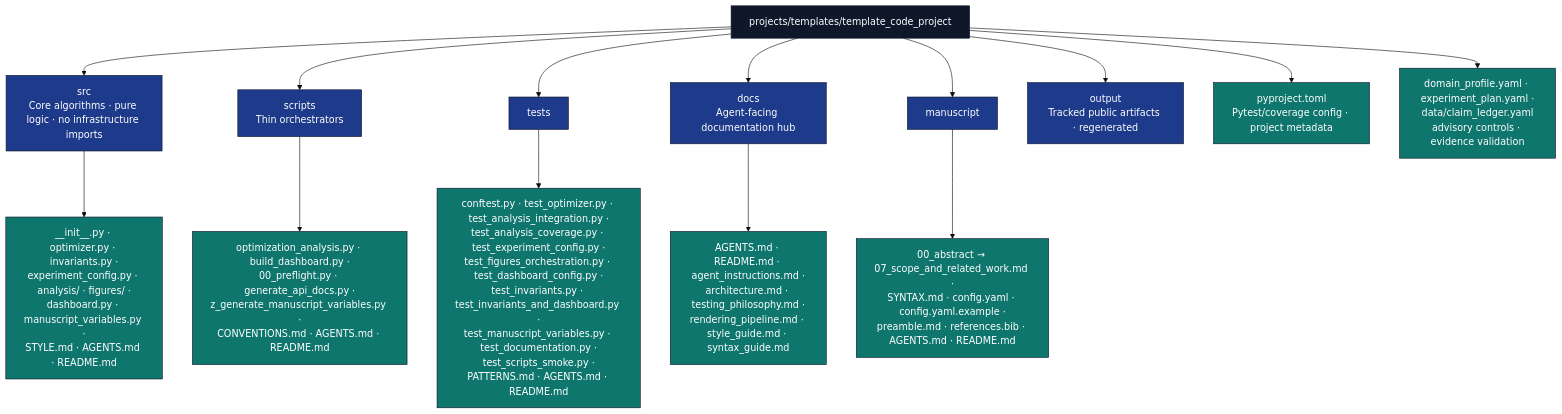
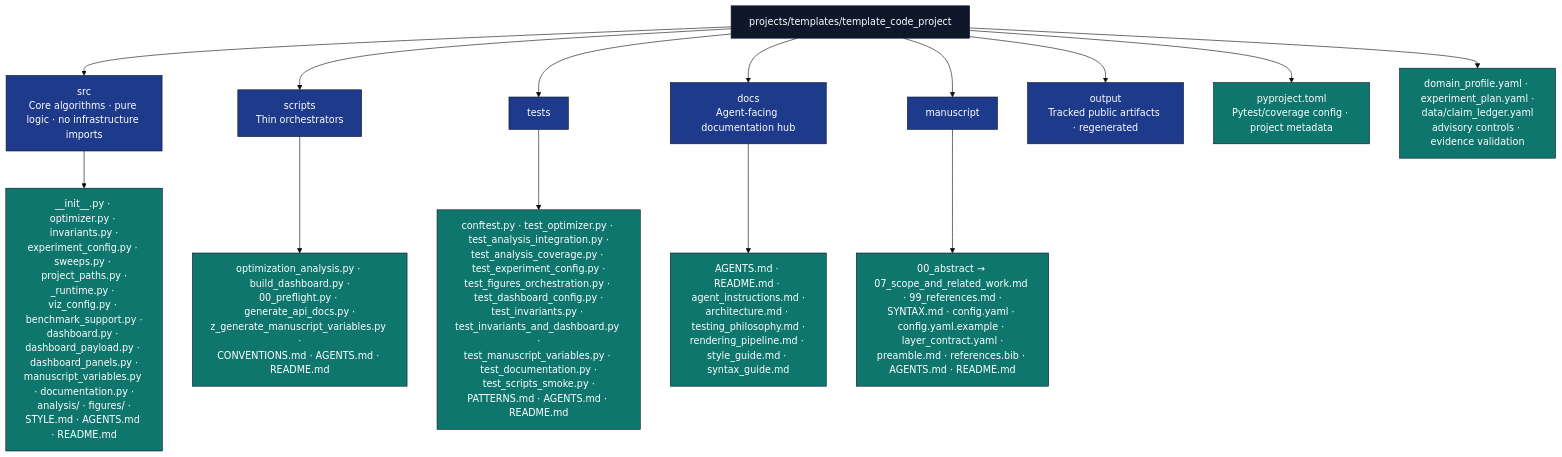
Before and after one commit to docxology/template: the diagram in projects/templates/template_code_project/AGENTS.md, drawn with Mermaid (base theme). The commit also changed other lines of this file and 15 other files, not shown here.

First line of the commit message:
template_code_project: accuracy pass — captions vs code, file listings, version markers, token inventory, .agents READMEs

````diff
--- a/projects/templates/template_code_project/AGENTS.md
+++ b/projects/templates/template_code_project/AGENTS.md
@@ -71,25 +71,25 @@
 ```mermaid
 flowchart TB
     P[projects/templates/template_code_project]
     P --> SRC[src<br/>Core algorithms · pure logic · no infrastructure imports]
     P --> SC[scripts<br/>Thin orchestrators]
     P --> T[tests]
     P --> DOCS[docs<br/>Agent-facing documentation hub]
     P --> M[manuscript]
     P --> OUT[output<br/>Tracked public artifacts · regenerated]
     P --> PY[pyproject.toml<br/>Pytest/coverage config · project metadata]
     P --> DP[domain_profile.yaml · experiment_plan.yaml ·<br/>data/claim_ledger.yaml<br/>advisory controls · evidence validation]
 
-    SRC --> SRC_F[__init__.py · optimizer.py · invariants.py ·<br/>experiment_config.py · analysis/ · figures/ ·<br/>dashboard.py · manuscript_variables.py ·<br/>STYLE.md · AGENTS.md · README.md]
+    SRC --> SRC_F[__init__.py · optimizer.py · invariants.py ·<br/>experiment_config.py · sweeps.py · project_paths.py ·<br/>_runtime.py · viz_config.py · benchmark_support.py ·<br/>dashboard.py · dashboard_payload.py · dashboard_panels.py ·<br/>manuscript_variables.py · documentation.py ·<br/>analysis/ · figures/ ·<br/>STYLE.md · AGENTS.md · README.md]
     SC --> SC_F[optimization_analysis.py · build_dashboard.py ·<br/>00_preflight.py · generate_api_docs.py ·<br/>z_generate_manuscript_variables.py ·<br/>CONVENTIONS.md · AGENTS.md · README.md]
     T --> T_F[conftest.py · test_optimizer.py · test_analysis_integration.py ·<br/>test_analysis_coverage.py · test_experiment_config.py ·<br/>test_figures_orchestration.py · test_dashboard_config.py ·<br/>test_invariants.py · test_invariants_and_dashboard.py ·<br/>test_manuscript_variables.py · test_documentation.py ·<br/>test_scripts_smoke.py ·<br/>PATTERNS.md · AGENTS.md · README.md]
     DOCS --> DOCS_F[AGENTS.md · README.md · agent_instructions.md ·<br/>architecture.md · testing_philosophy.md ·<br/>rendering_pipeline.md · style_guide.md · syntax_guide.md]
-    M --> M_F[00_abstract → 07_scope_and_related_work.md ·<br/>SYNTAX.md · config.yaml · config.yaml.example ·<br/>preamble.md · references.bib · AGENTS.md · README.md]
+    M --> M_F[00_abstract → 07_scope_and_related_work.md · 99_references.md ·<br/>SYNTAX.md · config.yaml · config.yaml.example · layer_contract.yaml ·<br/>preamble.md · references.bib · AGENTS.md · README.md]
 
     classDef d fill:#0f172a,stroke:#0f172a,color:#fff
     classDef pkg fill:#1e3a8a,stroke:#0f172a,color:#fff
     classDef f fill:#0f766e,stroke:#0f172a,color:#fff
     class P d
     class SRC,SC,T,DOCS,M,OUT pkg
     class SRC_F,SC_F,T_F,DOCS_F,M_F,PY,DP f
 ```
````
